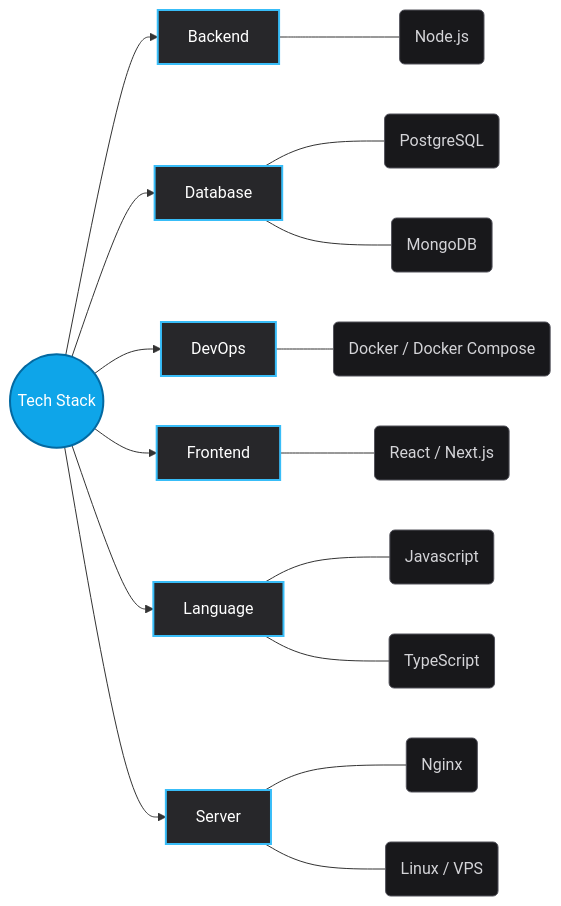
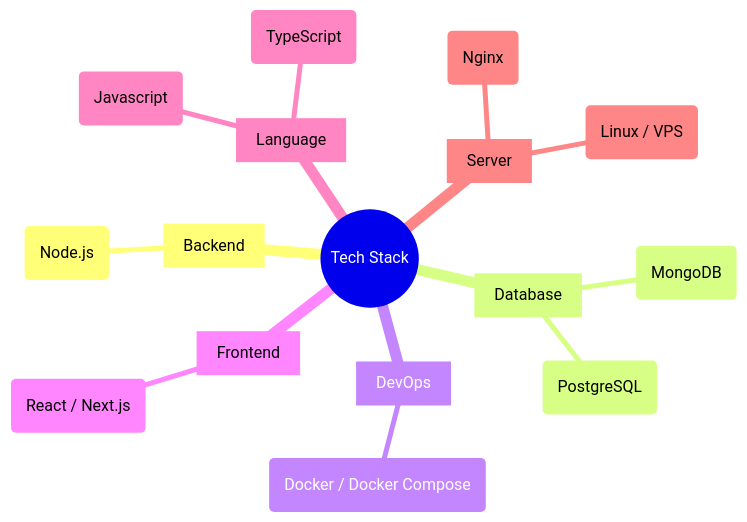
Before and after one commit to tienhg13102001/tienhg13102001: the diagram in README.md, drawn with Mermaid. The commit also changed 1 other file, not shown here.

Commit message:
refactor: update Mermaid Tech Stack visualization from graph to mindmap diagram

````diff
--- a/README.md
+++ b/README.md
@@ -24,35 +24,19 @@
 ```mermaid
-graph LR
-  Root((Tech Stack))
-  Root --> cat_0["Backend"]
-  style cat_0 fill:#27272a,stroke:#38bdf8,stroke-width:2px,color:#fff
-  cat_0 --- skill_1("Node.js")
-  style skill_1 fill:#18181b,stroke:#52525b,stroke-width:1px,color:#d4d4d8
-  Root --> cat_2["Database"]
-  style cat_2 fill:#27272a,stroke:#38bdf8,stroke-width:2px,color:#fff
-  cat_2 --- skill_3("PostgreSQL")
-  style skill_3 fill:#18181b,stroke:#52525b,stroke-width:1px,color:#d4d4d8
-  cat_2 --- skill_4("MongoDB")
-  style skill_4 fill:#18181b,stroke:#52525b,stroke-width:1px,color:#d4d4d8
-  Root --> cat_5["DevOps"]
-  style cat_5 fill:#27272a,stroke:#38bdf8,stroke-width:2px,color:#fff
-  cat_5 --- skill_6("Docker / Docker Compose")
-  style skill_6 fill:#18181b,stroke:#52525b,stroke-width:1px,color:#d4d4d8
-  Root --> cat_7["Frontend"]
-  style cat_7 fill:#27272a,stroke:#38bdf8,stroke-width:2px,color:#fff
-  cat_7 --- skill_8("React / Next.js")
-  style skill_8 fill:#18181b,stroke:#52525b,stroke-width:1px,color:#d4d4d8
-  Root --> cat_9["Language"]
-  style cat_9 fill:#27272a,stroke:#38bdf8,stroke-width:2px,color:#fff
-  cat_9 --- skill_10("Javascript")
-  style skill_10 fill:#18181b,stroke:#52525b,stroke-width:1px,color:#d4d4d8
-  cat_9 --- skill_11("TypeScript")
-  style skill_11 fill:#18181b,stroke:#52525b,stroke-width:1px,color:#d4d4d8
-  Root --> cat_12["Server"]
-  style cat_12 fill:#27272a,stroke:#38bdf8,stroke-width:2px,color:#fff
-  cat_12 --- skill_13("Nginx")
-  style skill_13 fill:#18181b,stroke:#52525b,stroke-width:1px,color:#d4d4d8
-  cat_12 --- skill_14("Linux / VPS")
-  style skill_14 fill:#18181b,stroke:#52525b,stroke-width:1px,color:#d4d4d8
-  style Root fill:#0ea5e9,stroke:#0369a1,stroke-width:2px,color:#fff
+mindmap
+  root((Tech Stack))
+    cat_0["Backend"]
+      skill_1("Node.js")
+    cat_2["Database"]
+      skill_3("PostgreSQL")
+      skill_4("MongoDB")
+    cat_5["DevOps"]
+      skill_6("Docker / Docker Compose")
+    cat_7["Frontend"]
+      skill_8("React / Next.js")
+    cat_9["Language"]
+      skill_10("Javascript")
+      skill_11("TypeScript")
+    cat_12["Server"]
+      skill_13("Nginx")
+      skill_14("Linux / VPS")
 ```
````
